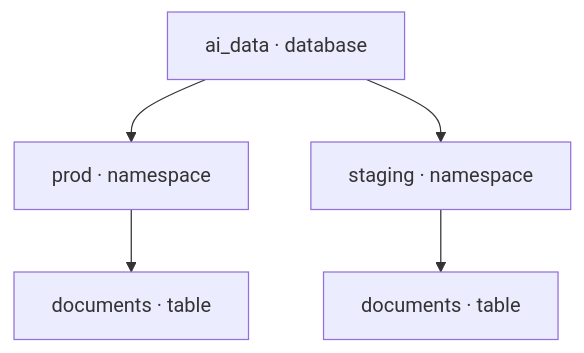
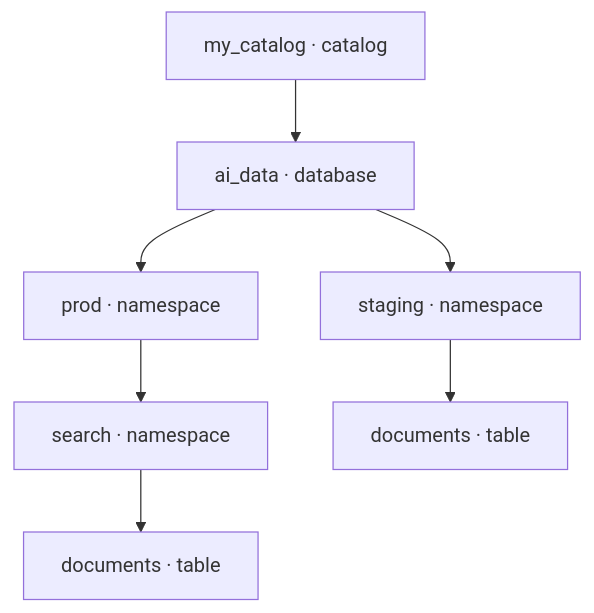
Before and after one commit to lancedb/lancedb: the diagram in docs/web/basics/catalog.mdx, drawn with Mermaid. The commit also changed other lines of this file, not shown here.

First line of the commit message:
docs: lead the catalog page with hierarchy, add catalog connection, clarify namespace paths

````diff
--- a/docs/web/basics/catalog.mdx
+++ b/docs/web/basics/catalog.mdx
@@ -136,7 +37,9 @@
 ```mermaid
 flowchart TD
-    database["ai_data · database"] --> prod["prod · namespace"]
+    catalog["my_catalog · catalog"] --> database["ai_data · database"]
+    database --> prod["prod · namespace"]
     database --> staging["staging · namespace"]
-    prod --> prod_docs["documents · table"]
+    prod --> search["search · namespace"]
+    search --> search_docs["documents · table"]
     staging --> staging_docs["documents · table"]
 ```
````
